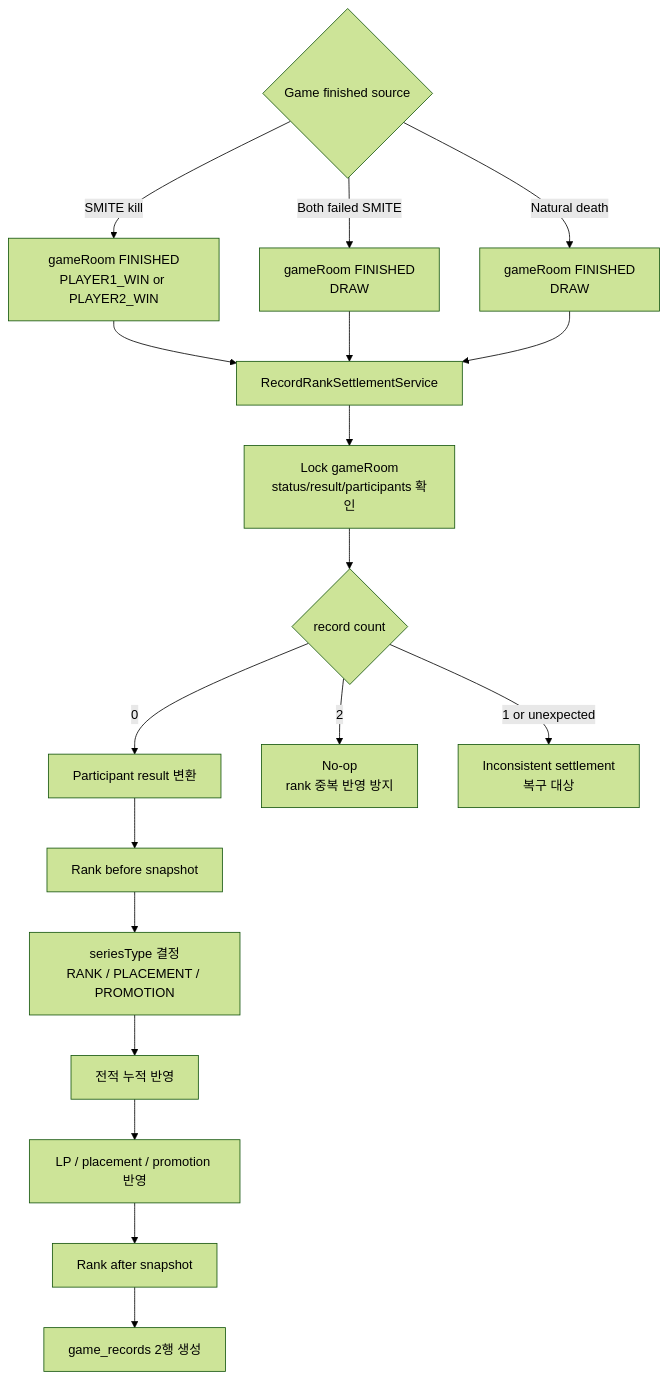
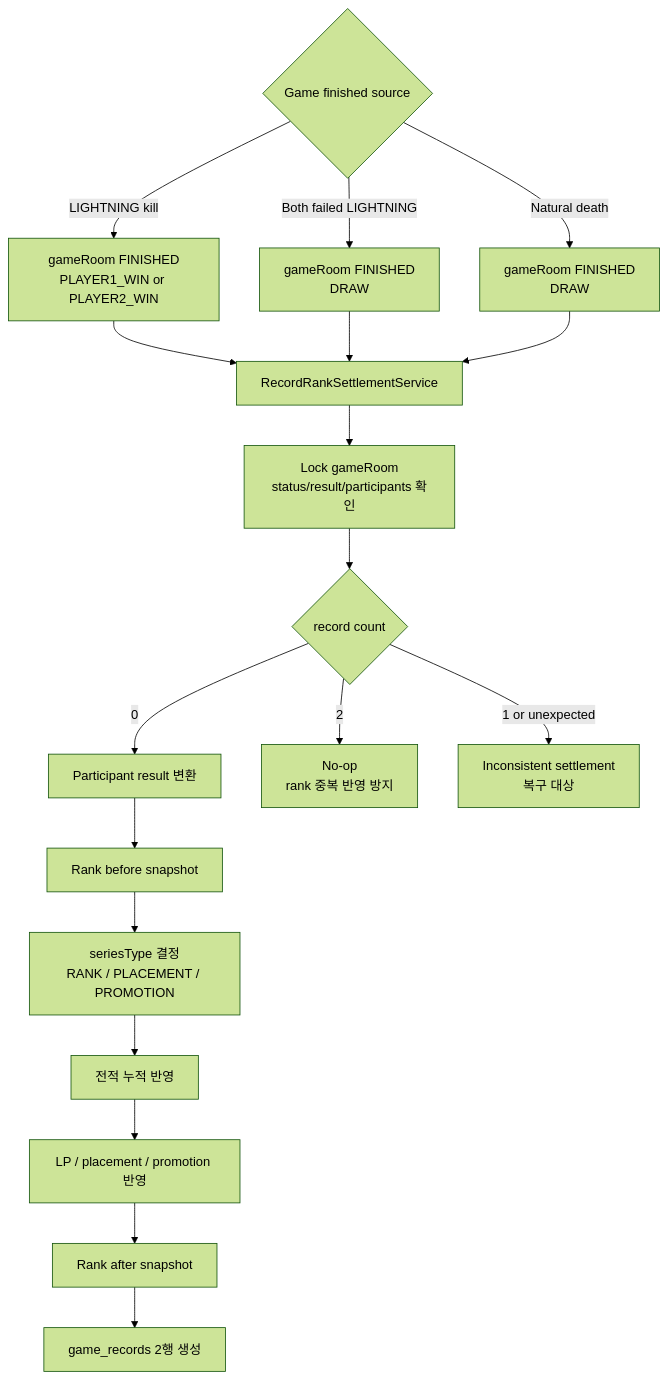
Before and after one commit to moonwhistle/League-of-Star: the first of 5 diagrams in docs/antigravity/backend/issue-52-game-record-rank-settlement.md, drawn with Mermaid (forest theme). The commit also changed other lines of this file and 70 other files, not shown here.

````diff
--- a/docs/antigravity/backend/issue-52-game-record-rank-settlement.md
+++ b/docs/antigravity/backend/issue-52-game-record-rank-settlement.md
@@ -9,24 +9,24 @@
 ```mermaid
 flowchart TD
     A{Game finished source}
-    A -->|SMITE kill| B[gameRoom FINISHED<br/>PLAYER1_WIN or PLAYER2_WIN]
-    A -->|Both failed SMITE| C[gameRoom FINISHED<br/>DRAW]
+    A -->|LIGHTNING kill| B[gameRoom FINISHED<br/>PLAYER1_WIN or PLAYER2_WIN]
+    A -->|Both failed LIGHTNING| C[gameRoom FINISHED<br/>DRAW]
     A -->|Natural death| D[gameRoom FINISHED<br/>DRAW]
 
     B --> E[RecordRankSettlementService]
     C --> E
     D --> E
 
     E --> F[Lock gameRoom<br/>status/result/participants 확인]
     F --> G{record count}
     G -->|0| I[Participant result 변환]
     G -->|2| H[No-op<br/>rank 중복 반영 방지]
     G -->|1 or unexpected| X[Inconsistent settlement<br/>복구 대상]
 
     I --> J[Rank before snapshot]
     J --> K[seriesType 결정<br/>RANK / PLACEMENT / PROMOTION]
     K --> N[전적 누적 반영]
     N --> O[LP / placement / promotion 반영]
     O --> L[Rank after snapshot]
     L --> M[game_records 2행 생성]
 ```
````
